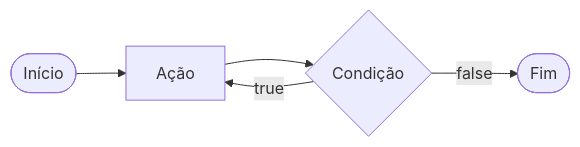
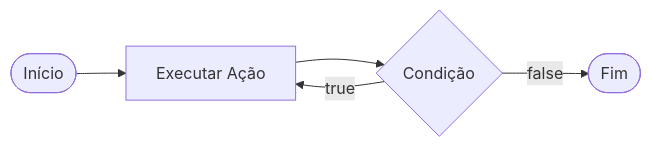
The seventh of 14 diagrams in README.md (FelipeScalfi/BackEnd), drawn with Mermaid before and after one commit. The commit also changed other lines of this file and 29 other files, not shown here.

````diff
--- a/README.md
+++ b/README.md
@@ -410,10 +397,10 @@
 ```mermaid
 
 flowchart LR
 
-    A([Início]) --> B[Ação]
-    B --> C{Condição}
-    C --true--> B
-    C --false--> D([Fim])
+A([Início]) --> B[Executar Ação]
+B --> C{Condição}
+C --true--> B
+C --false--> D([Fim]) 
 
 ```
````
